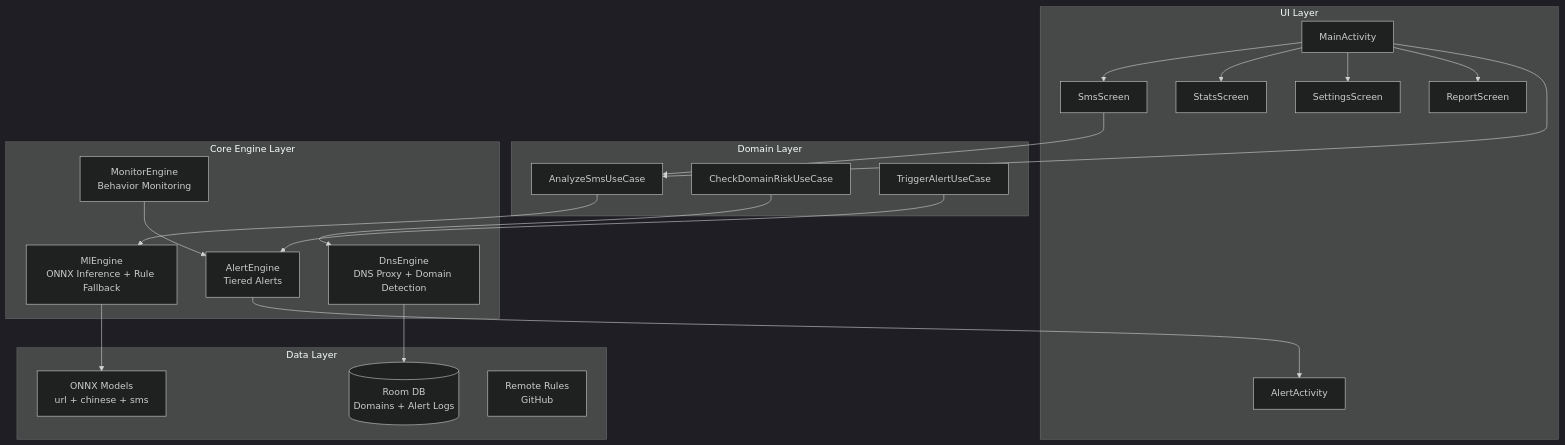
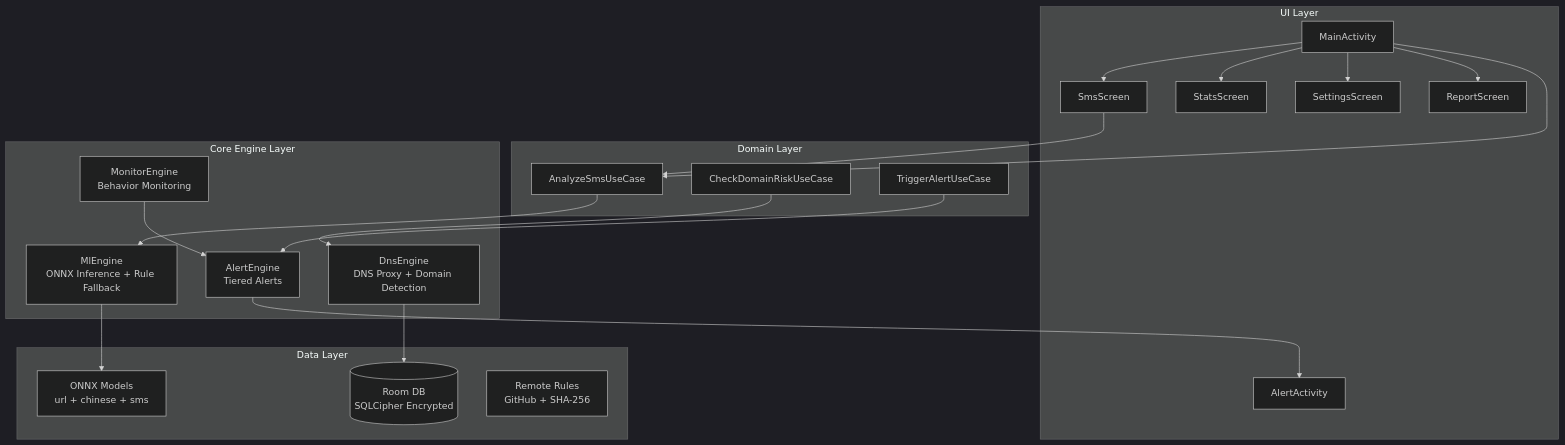
The first of 3 diagrams in README.md (Tianshang301/TianshangGuard), drawn with Mermaid (dark theme) before and after one commit. The commit also changed other lines of this file and 1 other file, not shown here.

````diff
--- a/README.md
+++ b/README.md
@@ -32,39 +52,39 @@
 ```mermaid
 graph TB
     subgraph Presentation["UI Layer"]
         A[MainActivity] --> B[SmsScreen]
         A --> C[StatsScreen]
         A --> D[SettingsScreen]
         A --> E[ReportScreen]
         F[AlertActivity]
     end
 
     subgraph Domain["Domain Layer"]
         G[AnalyzeSmsUseCase]
         H[CheckDomainRiskUseCase]
         I[TriggerAlertUseCase]
     end
 
     subgraph Core["Core Engine Layer"]
         J[DnsEngine<br/>DNS Proxy + Domain Detection]
         K[MlEngine<br/>ONNX Inference + Rule Fallback]
         L[MonitorEngine<br/>Behavior Monitoring]
         M[AlertEngine<br/>Tiered Alerts]
     end
 
     subgraph Data["Data Layer"]
-        N[(Room DB<br/>Domains + Alert Logs)]
+        N[(Room DB<br/>SQLCipher Encrypted)]
         O[ONNX Models<br/>url + chinese + sms]
-        P[Remote Rules<br/>GitHub]
+        P[Remote Rules<br/>GitHub + SHA-256]
     end
 
     A --> G
     B --> G
     G --> K
     H --> J
     I --> M
     J --> N
     K --> O
     L --> M
     M --> F
 ```
````
